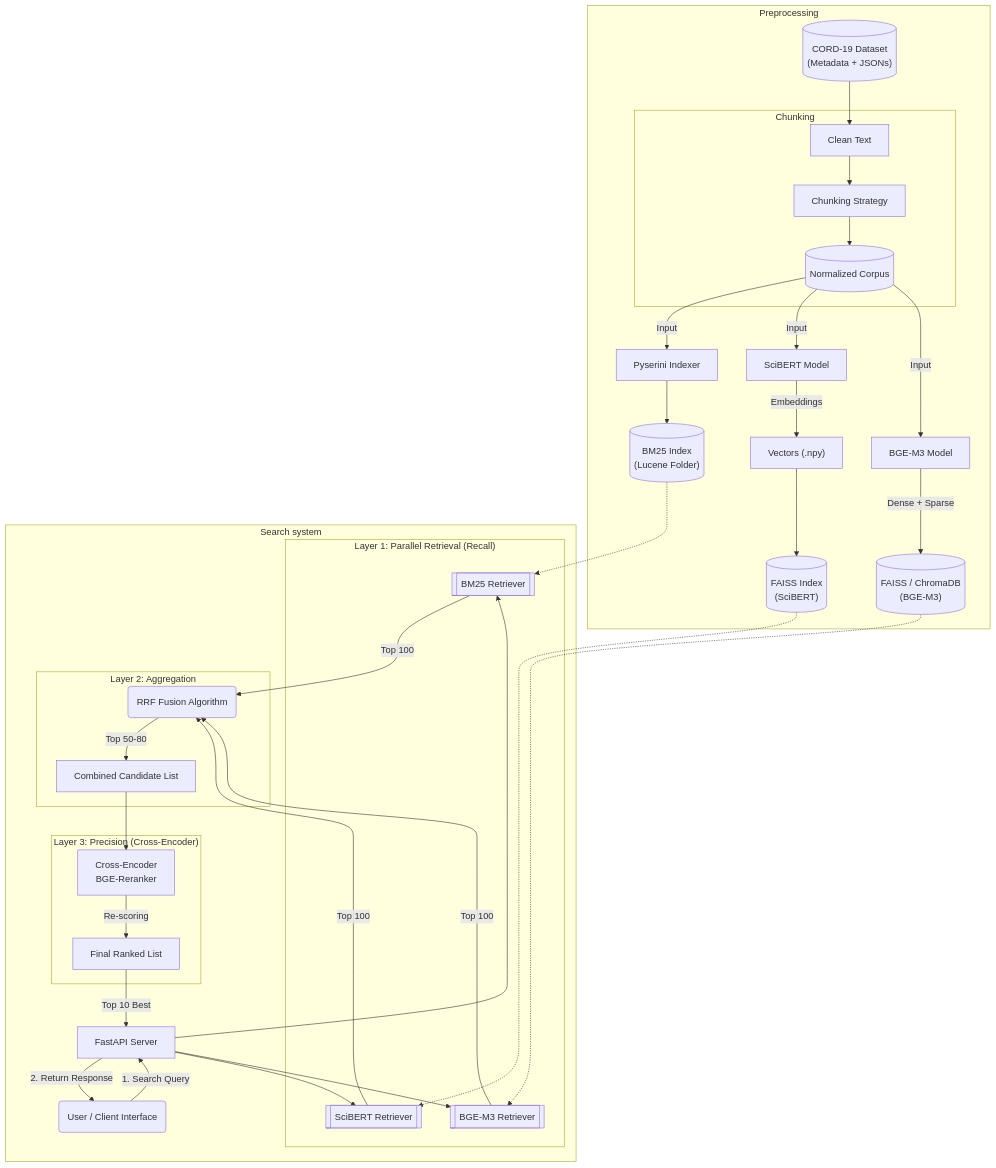
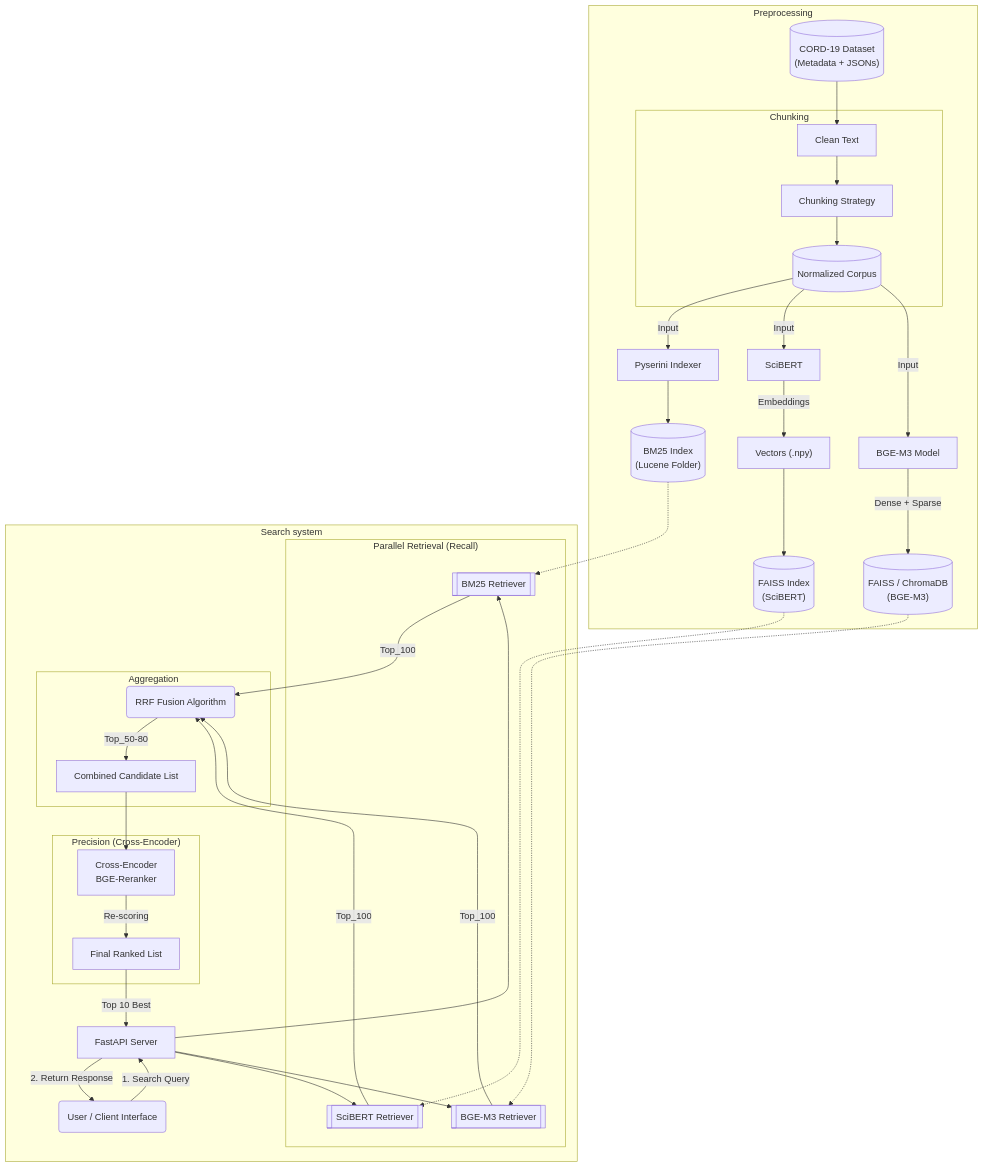
One commit to Mash-Woo/trec_covid changed the diagram in README.md. Above: the diagram before and after it, drawn with Mermaid.

````diff
--- a/README.md
+++ b/README.md
@@ -2,80 +2,80 @@
 ```mermaid
 flowchart TB
   %% --- KHAI BÁO CÁC NHÓM (SUBGRAPH) ---
   subgraph Preprocessing ["Chunking"]
     Step1["Clean Text"]
     Step2["Chunking Strategy"]
     JSONL[("Normalized Corpus")]
   end
 
   subgraph Offline_Process ["Preprocessing"]
     RawData[("CORD-19 Dataset\n(Metadata + JSONs)")]
     Preprocessing
     
     %% Nhánh BM25
     Pyserini["Pyserini Indexer"]
     Index_BM25[("BM25 Index\n(Lucene Folder)")]
     
     %% Nhánh SciBERT
-    SciBERT["SciBERT Model"]
+    SciBERT["SciBERT"]
     Vector_Sci["Vectors (.npy)"]
     Index_SciBERT[("FAISS Index\n(SciBERT)")]
     
     %% Nhánh BGE
     BGE["BGE-M3 Model"]
     Index_BGE[("FAISS / ChromaDB\n(BGE-M3)")]
   end
 
-  subgraph Retrieval_Layer ["Layer 1: Parallel Retrieval (Recall)"]
+  subgraph Retrieval_Layer ["Parallel Retrieval (Recall)"]
     Ret_BM25[["BM25 Retriever"]]
     Ret_SciBERT[["SciBERT Retriever"]]
     Ret_BGE[["BGE-M3 Retriever"]]
   end
 
-  subgraph Fusion_Layer ["Layer 2: Aggregation"]
+  subgraph Fusion_Layer ["Aggregation"]
     RRF("RRF Fusion Algorithm")
     Candidates["Combined Candidate List"]
   end
 
-  subgraph Reranking_Layer ["Layer 3: Precision (Cross-Encoder)"]
+  subgraph Reranking_Layer ["Precision (Cross-Encoder)"]
     CrossEnc["Cross-Encoder\nBGE-Reranker"]
     SortedList["Final Ranked List"]
   end
 
   subgraph Online_Serving ["Search system"]
     Client("User / Client Interface")
     FastAPI["FastAPI Server"]
     Retrieval_Layer
     Fusion_Layer
     Reranking_Layer
   end
 
   %% --- ĐỊNH NGHĨA LUỒNG DỮ LIỆU ---
   RawData --> Step1
   Step1 --> Step2
   Step2 --> JSONL
   JSONL -- Input --> Pyserini & SciBERT & BGE
   
   Pyserini --> Index_BM25
   SciBERT -- Embeddings --> Vector_Sci
   Vector_Sci --> Index_SciBERT
   BGE -- Dense + Sparse --> Index_BGE
   
   Client -- "1. Search Query" --> FastAPI
   
   Index_BM25 -.-> Ret_BM25
   Index_SciBERT -.-> Ret_SciBERT
   Index_BGE -.-> Ret_BGE
   
   FastAPI --> Ret_BM25 & Ret_SciBERT & Ret_BGE
   
-  Ret_BM25 -- Top 100 --> RRF
-  Ret_SciBERT -- Top 100 --> RRF
-  Ret_BGE -- Top 100 --> RRF
+  Ret_BM25 -- Top_100 --> RRF
+  Ret_SciBERT -- Top_100 --> RRF
+  Ret_BGE -- Top_100 --> RRF
   
-  RRF -- "Top 50-80" --> Candidates
+  RRF -- "Top_50-80" --> Candidates
   Candidates --> CrossEnc
   CrossEnc -- "Re-scoring" --> SortedList
   SortedList -- Top 10 Best --> FastAPI
   FastAPI -- "2. Return Response" --> Client
 ```
````
